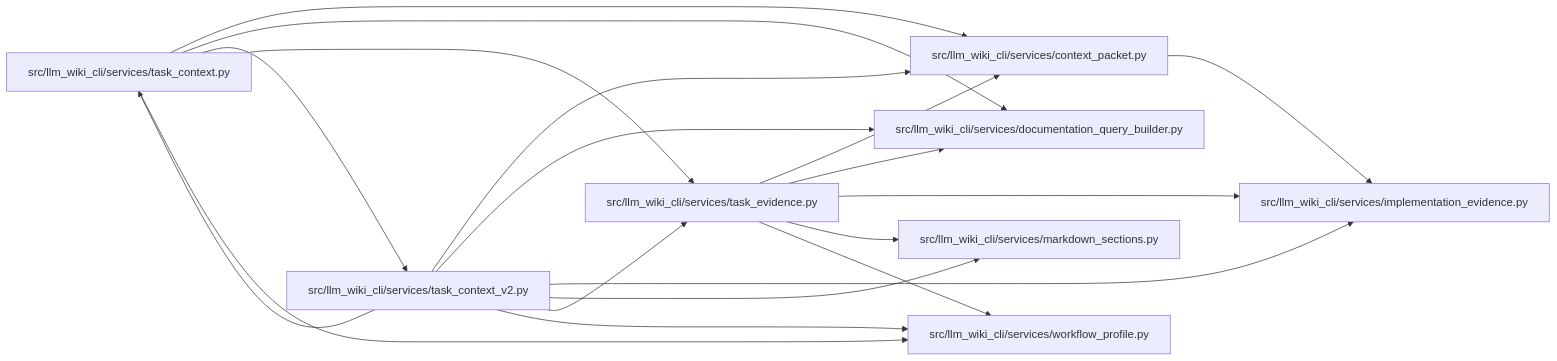
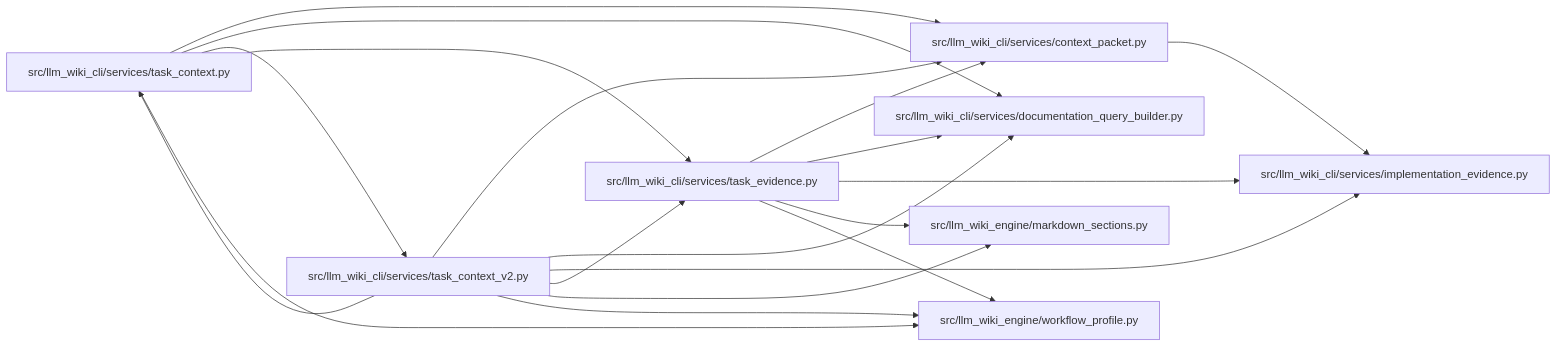
One commit to Denissvgn/python-wiki-llm changed the diagram in docs/llm_wiki/modules/task_evidence.md. Above: the diagram before and after it, drawn with Mermaid. The commit also changed other lines of this file and 1103 other files, not shown here.

First line of the commit message:
docs: refresh the wiki for the llm-wiki-engine distribution

````diff
--- a/docs/llm_wiki/modules/task_evidence.md
+++ b/docs/llm_wiki/modules/task_evidence.md
@@ -25,37 +25,37 @@
 ```mermaid
 flowchart LR
     n0["src/llm_wiki_cli/services/context_packet.py"]
     n1["src/llm_wiki_cli/services/documentation_query_builder.py"]
     n2["src/llm_wiki_cli/services/implementation_evidence.py"]
-    n3["src/llm_wiki_cli/services/markdown_sections.py"]
-    n4["src/llm_wiki_cli/services/task_context.py"]
-    n5["src/llm_wiki_cli/services/task_context_v2.py"]
-    n6["src/llm_wiki_cli/services/task_evidence.py"]
-    n7["src/llm_wiki_cli/services/workflow_profile.py"]
+    n3["src/llm_wiki_cli/services/task_context.py"]
+    n4["src/llm_wiki_cli/services/task_context_v2.py"]
+    n5["src/llm_wiki_cli/services/task_evidence.py"]
+    n6["src/llm_wiki_engine/markdown_sections.py"]
+    n7["src/llm_wiki_engine/workflow_profile.py"]
     n0 --> n2
+    n3 --> n0
+    n3 --> n1
+    n3 --> n4
+    n3 --> n5
+    n3 --> n7
     n4 --> n0
     n4 --> n1
+    n4 --> n2
+    n4 --> n3
     n4 --> n5
     n4 --> n6
     n4 --> n7
     n5 --> n0
     n5 --> n1
     n5 --> n2
-    n5 --> n3
-    n5 --> n4
     n5 --> n6
     n5 --> n7
-    n6 --> n0
-    n6 --> n1
-    n6 --> n2
-    n6 --> n3
-    n6 --> n7
     click n0 "../modules/context_packet.md"
     click n1 "../modules/documentation_query_builder.md"
     click n2 "../modules/implementation_evidence.md"
-    click n3 "../modules/markdown_sections.md"
-    click n4 "../modules/task_context.md"
-    click n5 "../modules/task_context_v2.md"
-    click n6 "../modules/task_evidence.md"
+    click n3 "../modules/task_context.md"
+    click n4 "../modules/task_context_v2.md"
+    click n5 "../modules/task_evidence.md"
+    click n6 "../modules/markdown_sections.md"
     click n7 "../modules/workflow_profile.md"
 ```
````
